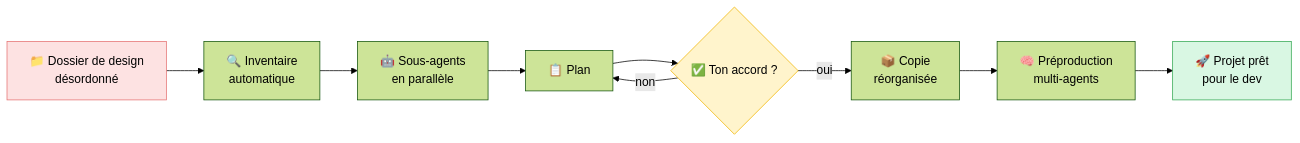
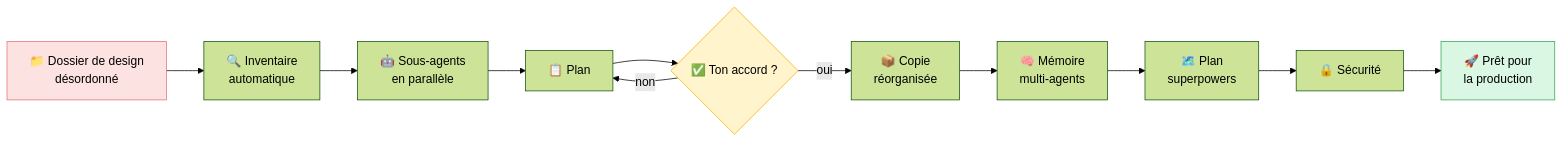
One commit to duckysface/design-to-dev changed the first of 5 diagrams in README.md. Above: the diagram before and after it, drawn with Mermaid (forest theme). The commit also changed other lines of this file and 11 other files, not shown here.

First line of the commit message:
feat: design reuse, intent-based stacks, superpowers plan and security baseline

````diff
--- a/README.md
+++ b/README.md
@@ -41,15 +43,17 @@
 ```mermaid
 flowchart LR
     A["📁 Dossier de design<br/>désordonné"] --> B["🔍 Inventaire<br/>automatique"]
     B --> C["🤖 Sous-agents<br/>en parallèle"]
     C --> D["📋 Plan"]
     D --> E{"✅ Ton accord ?"}
     E -- non --> D
     E -- oui --> F["📦 Copie<br/>réorganisée"]
-    F --> G["🧠 Préproduction<br/>multi-agents"]
-    G --> H["🚀 Projet prêt<br/>pour le dev"]
+    F --> G["🧠 Mémoire<br/>multi-agents"]
+    G --> P["🗺️ Plan<br/>superpowers"]
+    P --> SEC["🔒 Sécurité"]
+    SEC --> H["🚀 Prêt pour<br/>la production"]
 
     style A fill:#fde2e2,stroke:#e57373,color:#000
     style E fill:#fff4cc,stroke:#f0b400,color:#000
     style H fill:#d9f7e3,stroke:#34a853,color:#000
 ```
````
